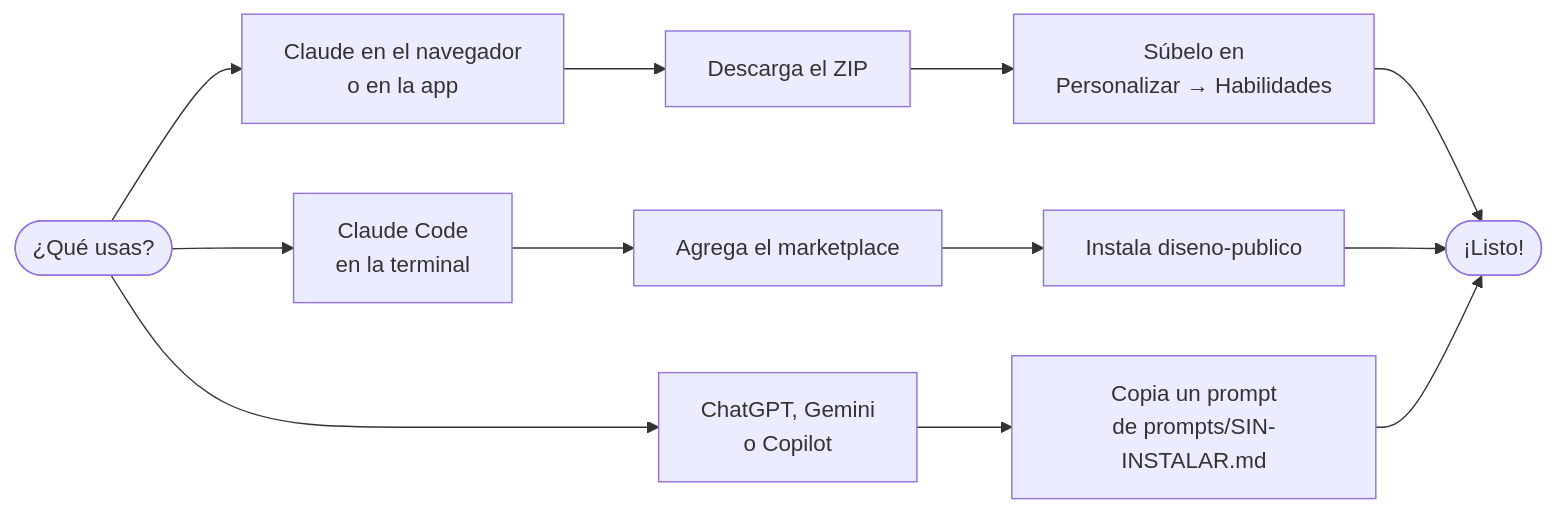
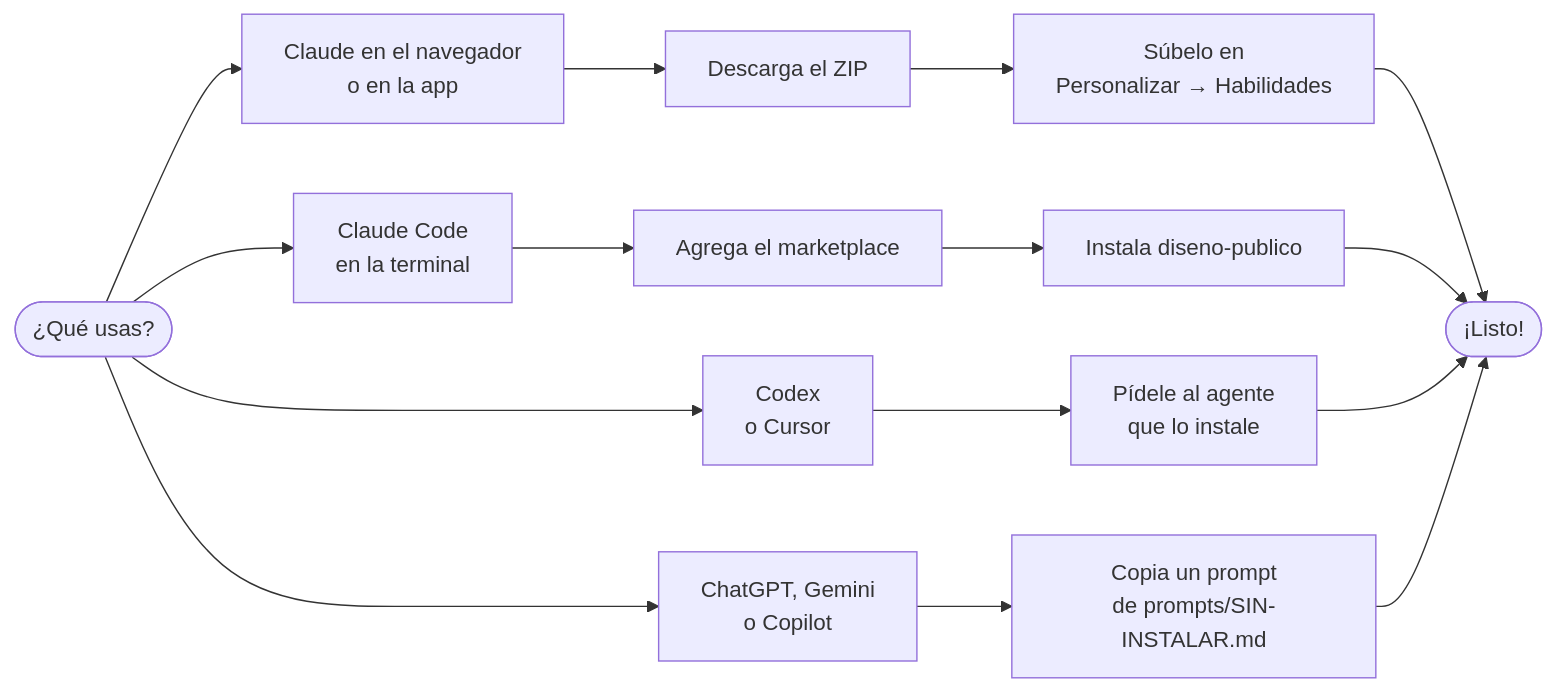
Before and after one commit to jordansrojas1/estudio-ia-publica: the diagram in GUIA-INSTALACION.md, drawn with Mermaid. The commit also changed other lines of this file and 14 other files, not shown here.

First line of the commit message:
El kit también se instala en Codex y en Cursor

````diff
--- a/GUIA-INSTALACION.md
+++ b/GUIA-INSTALACION.md
@@ -11,9 +12,11 @@
 ```mermaid
 flowchart LR
     I([¿Qué usas?]) --> A[Claude en el navegador<br/>o en la app]
     I --> B[Claude Code<br/>en la terminal]
+    I --> X[Codex<br/>o Cursor]
     I --> C[ChatGPT, Gemini<br/>o Copilot]
     A --> A1[Descarga el ZIP] --> A2[Súbelo en<br/>Personalizar → Habilidades] --> L([¡Listo!])
     B --> B1[Agrega el marketplace] --> B2[Instala diseno-publico] --> L
+    X --> X1[Pídele al agente<br/>que lo instale] --> L
     C --> C1[Copia un prompt<br/>de prompts/SIN-INSTALAR.md] --> L
 ```
````
